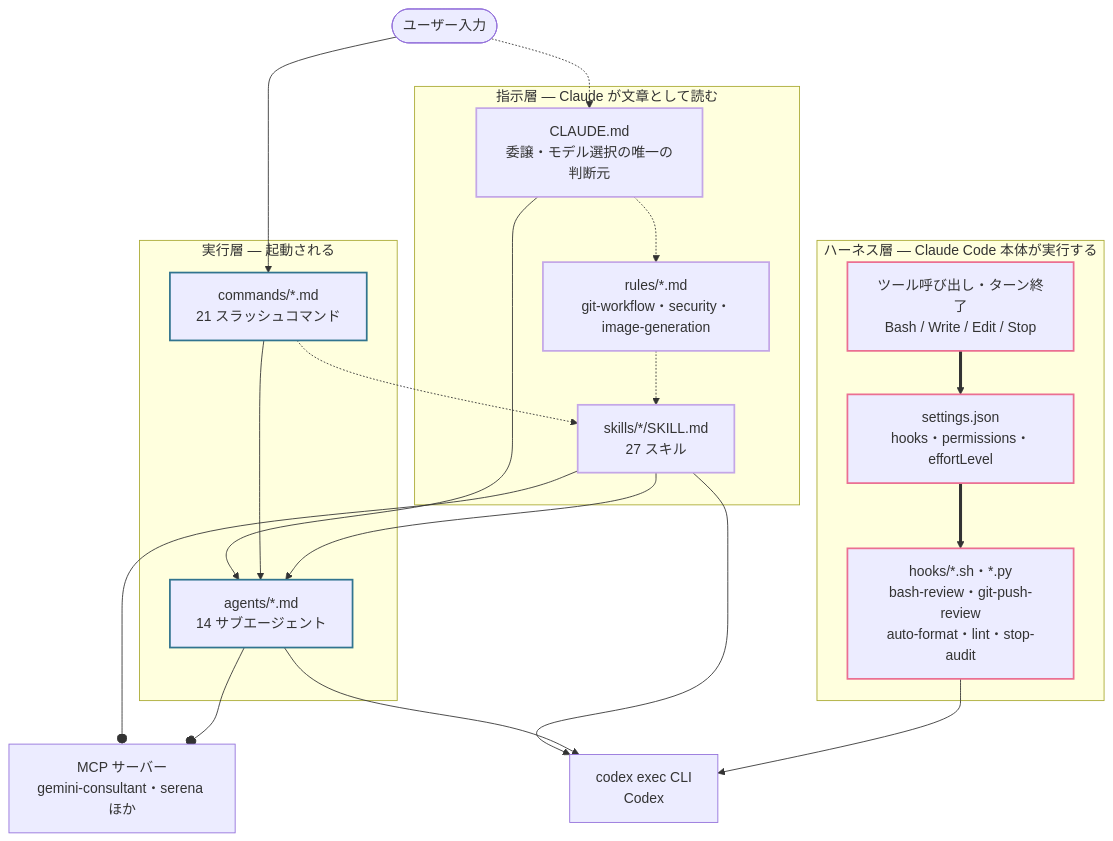
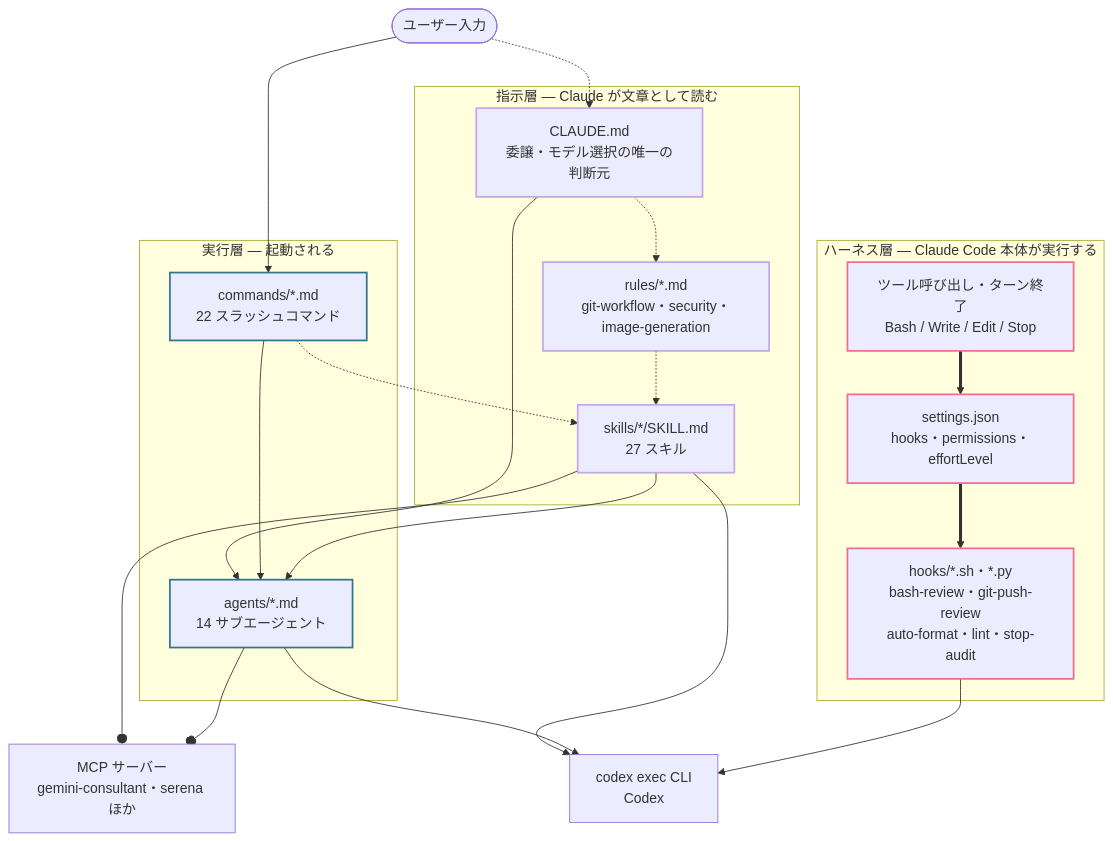
Before and after one commit to sardonyx0827/dotfiles: the first of 4 diagrams in docs/claude-architecture.md, drawn with Mermaid. The commit also changed other lines of this file and 36 other files, not shown here.

````diff
--- a/docs/claude-architecture.md
+++ b/docs/claude-architecture.md
@@ -45,47 +45,47 @@
 ```mermaid
 flowchart TB
     U(["ユーザー入力"])
 
     subgraph HARNESS["ハーネス層 — Claude Code 本体が実行する"]
         TOOL["ツール呼び出し・ターン終了<br/>Bash / Write / Edit / Stop"]
         SET["settings.json<br/>hooks・permissions・effortLevel"]
         HOOK["hooks/*.sh・*.py<br/>bash-review・git-push-review<br/>auto-format・lint・stop-audit"]
     end
 
     subgraph CONTEXT["指示層 — Claude が文章として読む"]
         CM["CLAUDE.md<br/>委譲・モデル選択の唯一の判断元"]
         RULE["rules/*.md<br/>git-workflow・security・image-generation"]
         SKILL["skills/*/SKILL.md<br/>27 スキル"]
     end
 
     subgraph ACTOR["実行層 — 起動される"]
-        CMD["commands/*.md<br/>21 スラッシュコマンド"]
+        CMD["commands/*.md<br/>22 スラッシュコマンド"]
         AGENT["agents/*.md<br/>14 サブエージェント"]
     end
 
     MCP["MCP サーバー<br/>gemini-consultant・serena ほか"]
     CODEX["codex exec CLI<br/>Codex"]
 
     U --> CMD
     U -.-> CM
     CM -.-> RULE
     RULE -.-> SKILL
     CMD -.-> SKILL
     CM --> AGENT
     CMD --> AGENT
     SKILL --> AGENT
     SKILL --o MCP
     AGENT --o MCP
     SKILL --> CODEX
     AGENT --> CODEX
     HOOK --> CODEX
     TOOL ==> SET
     SET ==> HOOK
 
     classDef harness stroke:#eb6f92,stroke-width:2px
     classDef context stroke:#c4a7e7,stroke-width:2px
     classDef actor stroke:#31748f,stroke-width:2px
     class TOOL,SET,HOOK harness
     class CM,RULE,SKILL context
     class CMD,AGENT actor
 ```
````
